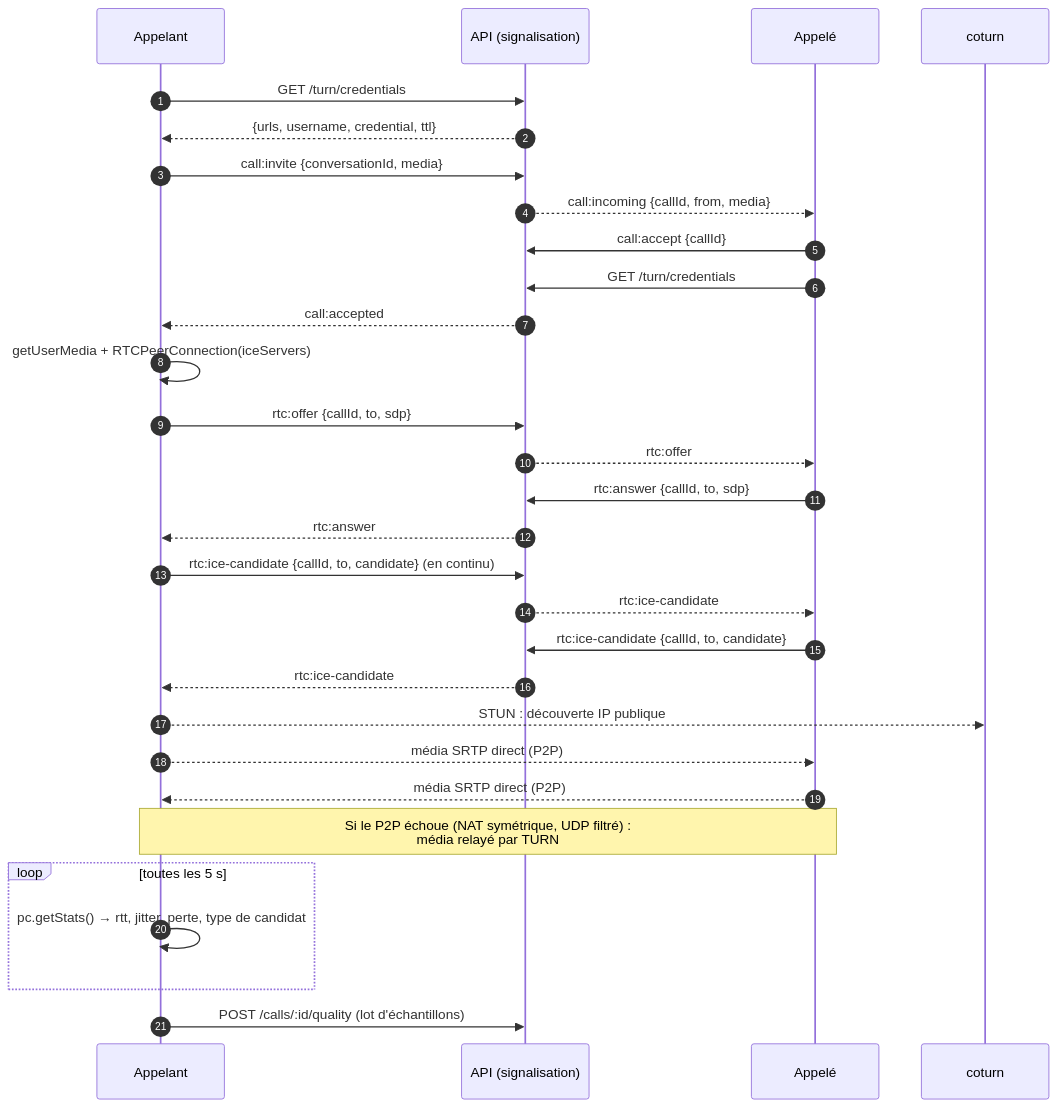
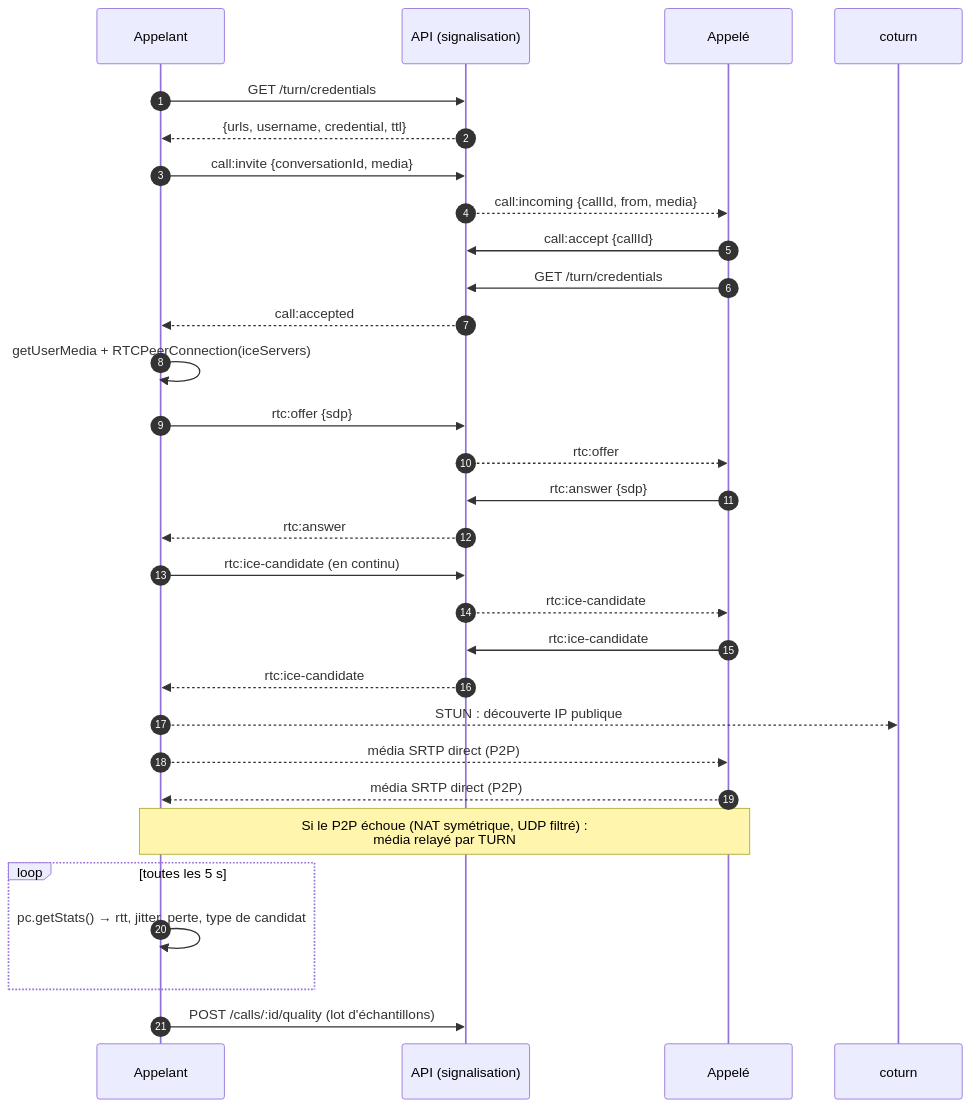
One commit to tomriquier2004-dev/chatisen changed the fifth of 8 diagrams in docs/architecture.md. Above: the diagram before and after it, drawn with Mermaid. The commit also changed other lines of this file, not shown here.

Commit message:
fix(docs): reconcile architecture with latest main and dedicated TURN VM

````diff
--- a/docs/architecture.md
+++ b/docs/architecture.md
@@ -358,33 +356,33 @@
 ```mermaid
 sequenceDiagram
     autonumber
     participant A as Appelant
     participant S as API (signalisation)
     participant B as Appelé
     participant T as coturn
 
     A->>S: GET /turn/credentials
     S-->>A: {urls, username, credential, ttl}
     A->>S: call:invite {conversationId, media}
     S-->>B: call:incoming {callId, from, media}
     B->>S: call:accept {callId}
     B->>S: GET /turn/credentials
     S-->>A: call:accepted
     A->>A: getUserMedia + RTCPeerConnection(iceServers)
-    A->>S: rtc:offer {callId, to, sdp}
+    A->>S: rtc:offer {sdp}
     S-->>B: rtc:offer
-    B->>S: rtc:answer {callId, to, sdp}
+    B->>S: rtc:answer {sdp}
     S-->>A: rtc:answer
-    A->>S: rtc:ice-candidate {callId, to, candidate} (en continu)
+    A->>S: rtc:ice-candidate (en continu)
     S-->>B: rtc:ice-candidate
-    B->>S: rtc:ice-candidate {callId, to, candidate}
+    B->>S: rtc:ice-candidate
     S-->>A: rtc:ice-candidate
     A-->>T: STUN : découverte IP publique
     A-->>B: média SRTP direct (P2P)
     B-->>A: média SRTP direct (P2P)
     Note over A,B: Si le P2P échoue (NAT symétrique, UDP filtré) :<br/>média relayé par TURN
     loop toutes les 5 s
         A->>A: pc.getStats() → rtt, jitter, perte, type de candidat
     end
     A->>S: POST /calls/:id/quality (lot d'échantillons)
 ```
````
